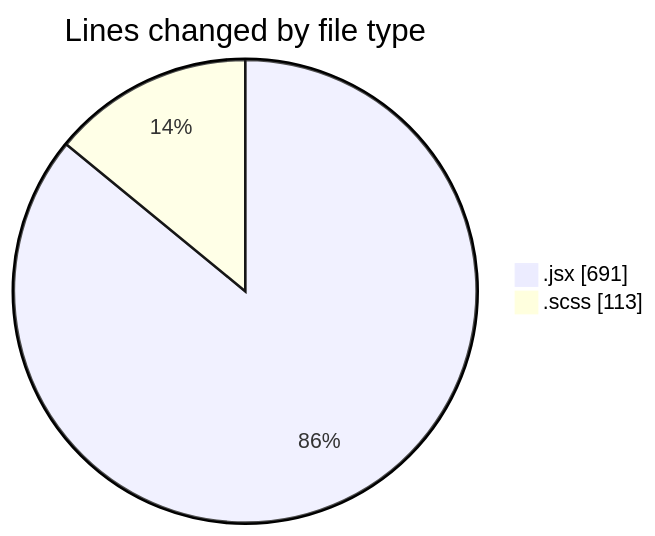
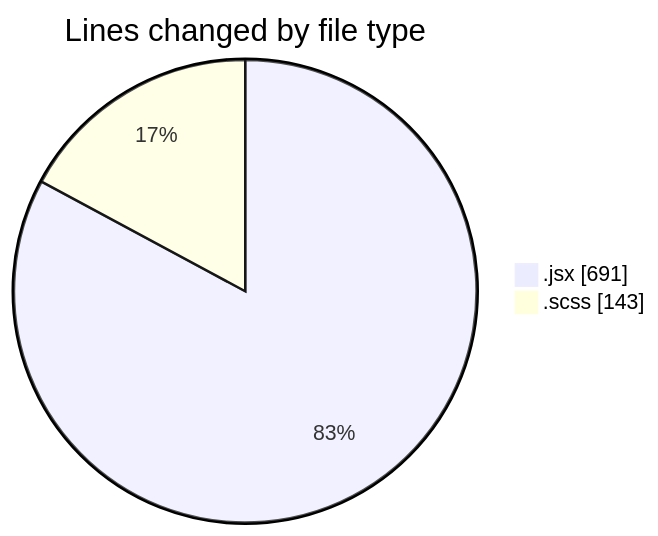
The first of 2 diagrams in 2026-09-02/cda/README.md (momahboobian/code-tracking), drawn with Mermaid before and after one commit. The commit also changed other lines of this file and 1 other file, not shown here.

````diff
--- a/2026-09-02/cda/README.md
+++ b/2026-09-02/cda/README.md
@@ -24,6 +24,6 @@
 ```mermaid
 pie showData
 title Lines changed by file type
 ".jsx" : 691
-".scss" : 113
+".scss" : 143
 ```
````
